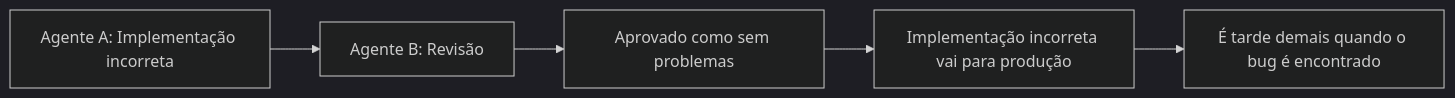
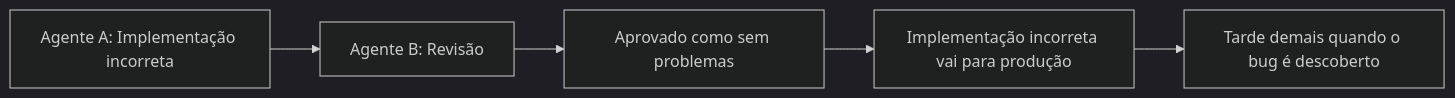
One commit to no-problem-dev/rick-brick-content changed the diagram in articles/pt/2026-03-18-spec-driven-development-ai-coding.md. Above: the diagram before and after it, drawn with Mermaid (dark theme). The commit also changed other lines of this file and 126 other files, not shown here.

````diff
--- a/articles/pt/2026-03-18-spec-driven-development-ai-coding.md
+++ b/articles/pt/2026-03-18-spec-driven-development-ai-coding.md
@@ -38,7 +38,7 @@
 ```mermaid
 graph LR
     A[Agente A: Implementação incorreta] --> B[Agente B: Revisão]
     B --> C[Aprovado como sem problemas]
     C --> D[Implementação incorreta vai para produção]
-    D --> E[É tarde demais quando o bug é encontrado]
+    D --> E[Tarde demais quando o bug é descoberto]
 ```
````
